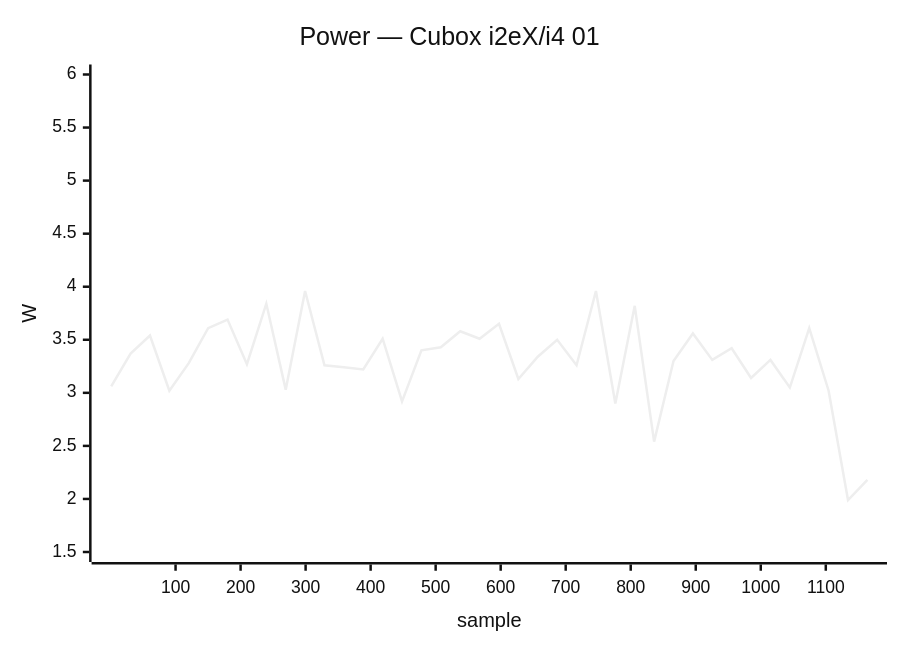
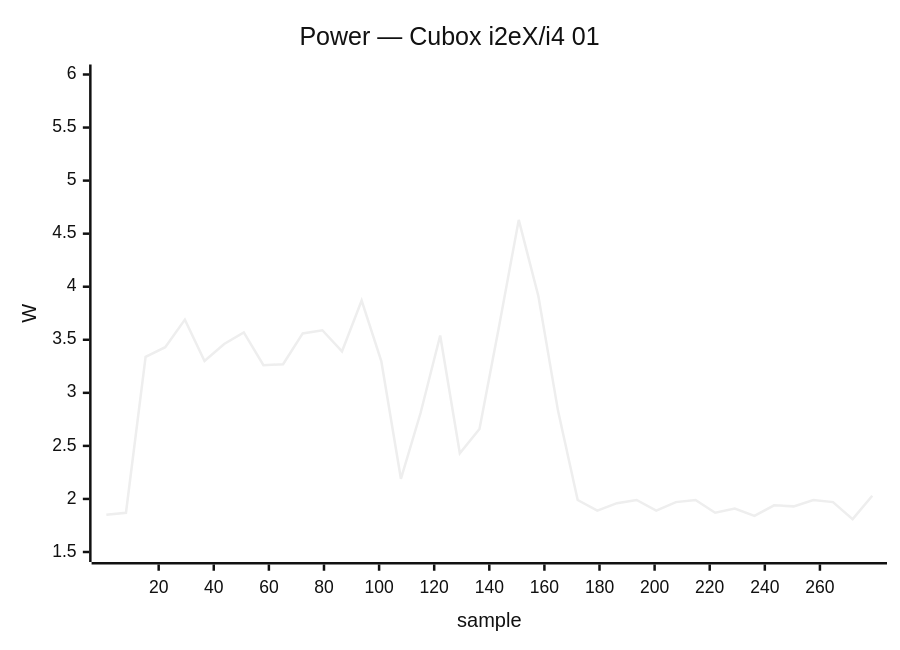
The second of 34 diagrams in docs/status/board-tests.md (armbian/documentation), drawn with Mermaid (neutral theme) before and after one commit. The commit also changed other lines of this file, not shown here.

````diff
--- a/docs/status/board-tests.md
+++ b/docs/status/board-tests.md
@@ -147,7 +101,7 @@
 ```mermaid
 xychart-beta
     title "Power — Cubox i2eX/i4 01"
-    x-axis "sample" 1 --> 1164
+    x-axis "sample" 1 --> 279
     y-axis "W" 1.5 --> 6.0
-    line [3.06, 3.37, 3.54, 3.02, 3.28, 3.61, 3.69, 3.27, 3.84, 3.03, 3.96, 3.26, 3.24, 3.22, 3.51, 2.92, 3.40, 3.43, 3.58, 3.51, 3.65, 3.13, 3.34, 3.50, 3.26, 3.96, 2.90, 3.82, 2.54, 3.30, 3.56, 3.31, 3.42, 3.14, 3.31, 3.05, 3.61, 3.02, 1.99, 2.18]
+    line [1.85, 1.87, 3.34, 3.43, 3.69, 3.30, 3.46, 3.57, 3.26, 3.27, 3.56, 3.59, 3.39, 3.87, 3.30, 2.19, 2.81, 3.54, 2.43, 2.66, 3.63, 4.63, 3.91, 2.83, 1.99, 1.89, 1.96, 1.99, 1.89, 1.97, 1.99, 1.87, 1.91, 1.84, 1.94, 1.93, 1.99, 1.97, 1.81, 2.03]
 ```
````
